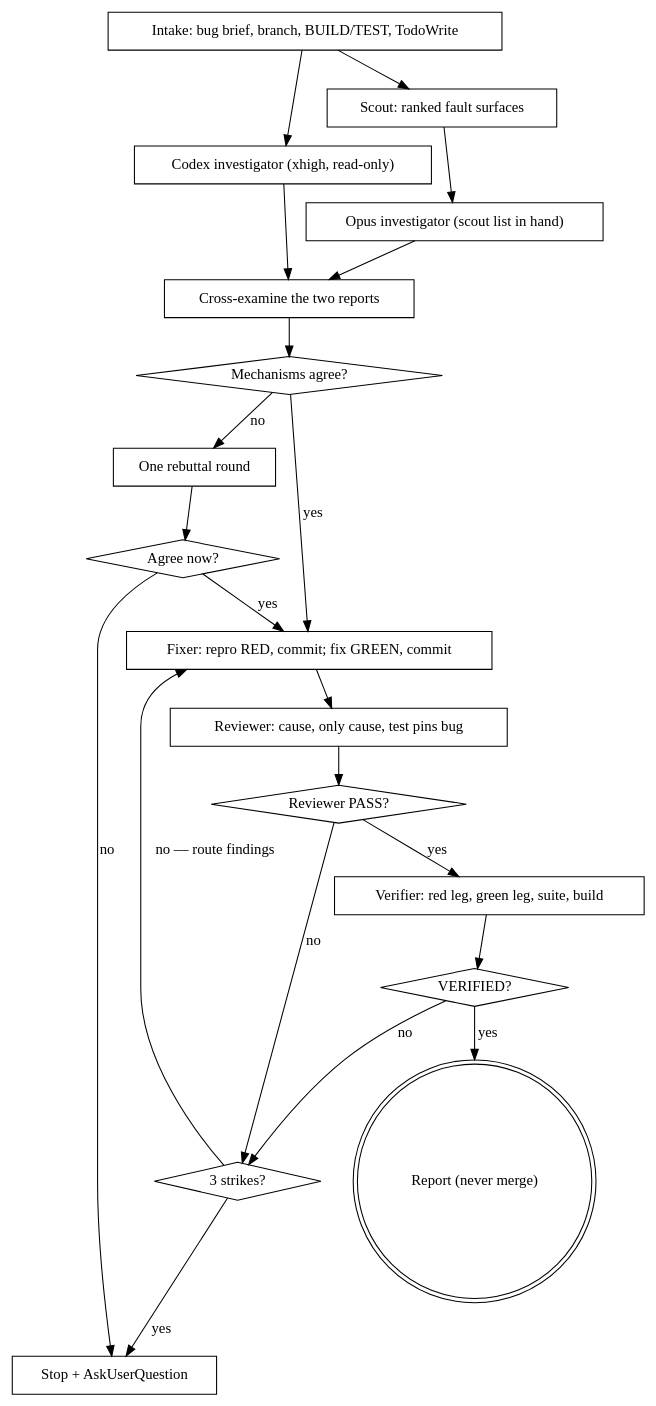
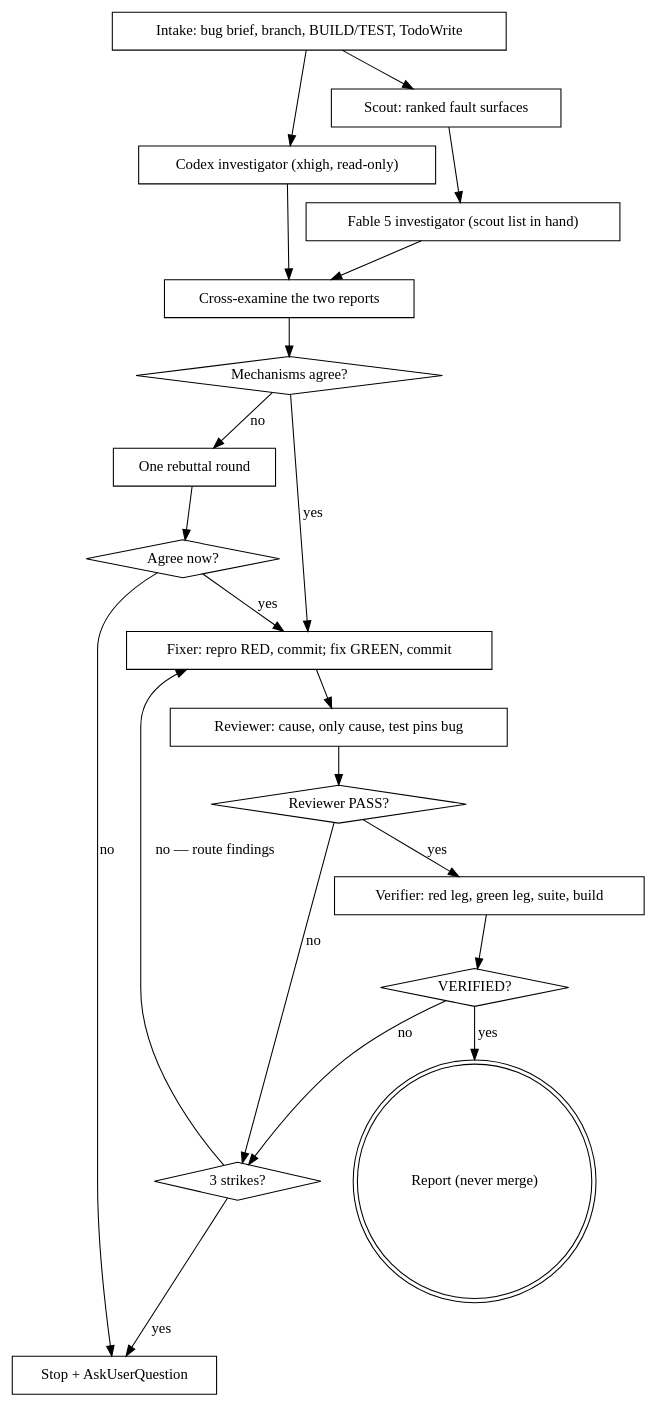
Before and after one commit to PythonShe/Repertoire: the diagram in skills/tuner/SKILL.md, drawn with Graphviz. The commit also changed other lines of this file and 38 other files, not shown here.

Commit message:
feat: retune all skills to Fable 5 — high effort on every Claude seat, xhigh for Tuner's investigator

````diff
--- a/skills/tuner/SKILL.md
+++ b/skills/tuner/SKILL.md
@@ -62,42 +64,42 @@
 ```dot
 digraph tuner {
     rankdir=TB;
     "Intake: bug brief, branch, BUILD/TEST, TodoWrite" [shape=box];
     "Codex investigator (xhigh, read-only)" [shape=box];
     "Scout: ranked fault surfaces" [shape=box];
-    "Opus investigator (scout list in hand)" [shape=box];
+    "Fable 5 investigator (scout list in hand)" [shape=box];
     "Cross-examine the two reports" [shape=box];
     "Mechanisms agree?" [shape=diamond];
     "One rebuttal round" [shape=box];
     "Agree now?" [shape=diamond];
     "Fixer: repro RED, commit; fix GREEN, commit" [shape=box];
     "Reviewer: cause, only cause, test pins bug" [shape=box];
     "Reviewer PASS?" [shape=diamond];
     "Verifier: red leg, green leg, suite, build" [shape=box];
     "VERIFIED?" [shape=diamond];
     "3 strikes?" [shape=diamond];
     "Stop + AskUserQuestion" [shape=box];
     "Report (never merge)" [shape=doublecircle];
 
     "Intake: bug brief, branch, BUILD/TEST, TodoWrite" -> "Codex investigator (xhigh, read-only)";
     "Intake: bug brief, branch, BUILD/TEST, TodoWrite" -> "Scout: ranked fault surfaces";
-    "Scout: ranked fault surfaces" -> "Opus investigator (scout list in hand)";
+    "Scout: ranked fault surfaces" -> "Fable 5 investigator (scout list in hand)";
     "Codex investigator (xhigh, read-only)" -> "Cross-examine the two reports";
-    "Opus investigator (scout list in hand)" -> "Cross-examine the two reports";
+    "Fable 5 investigator (scout list in hand)" -> "Cross-examine the two reports";
     "Cross-examine the two reports" -> "Mechanisms agree?";
     "Mechanisms agree?" -> "Fixer: repro RED, commit; fix GREEN, commit" [label="yes"];
     "Mechanisms agree?" -> "One rebuttal round" [label="no"];
     "One rebuttal round" -> "Agree now?";
     "Agree now?" -> "Fixer: repro RED, commit; fix GREEN, commit" [label="yes"];
     "Agree now?" -> "Stop + AskUserQuestion" [label="no"];
     "Fixer: repro RED, commit; fix GREEN, commit" -> "Reviewer: cause, only cause, test pins bug";
     "Reviewer: cause, only cause, test pins bug" -> "Reviewer PASS?";
     "Reviewer PASS?" -> "Verifier: red leg, green leg, suite, build" [label="yes"];
     "Reviewer PASS?" -> "3 strikes?" [label="no"];
     "Verifier: red leg, green leg, suite, build" -> "VERIFIED?";
     "VERIFIED?" -> "Report (never merge)" [label="yes"];
     "VERIFIED?" -> "3 strikes?" [label="no"];
     "3 strikes?" -> "Fixer: repro RED, commit; fix GREEN, commit" [label="no — route findings"];
     "3 strikes?" -> "Stop + AskUserQuestion" [label="yes"];
 }
 ```
````
